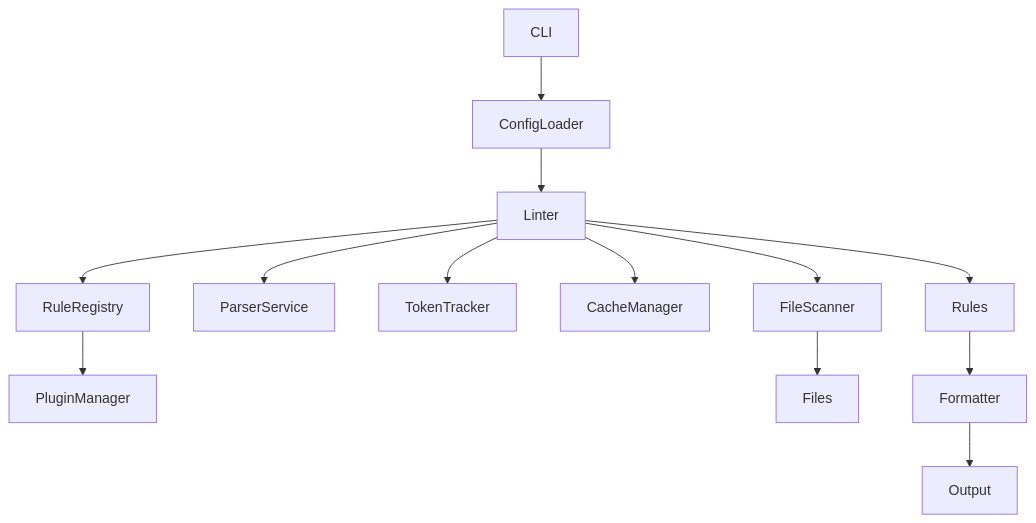
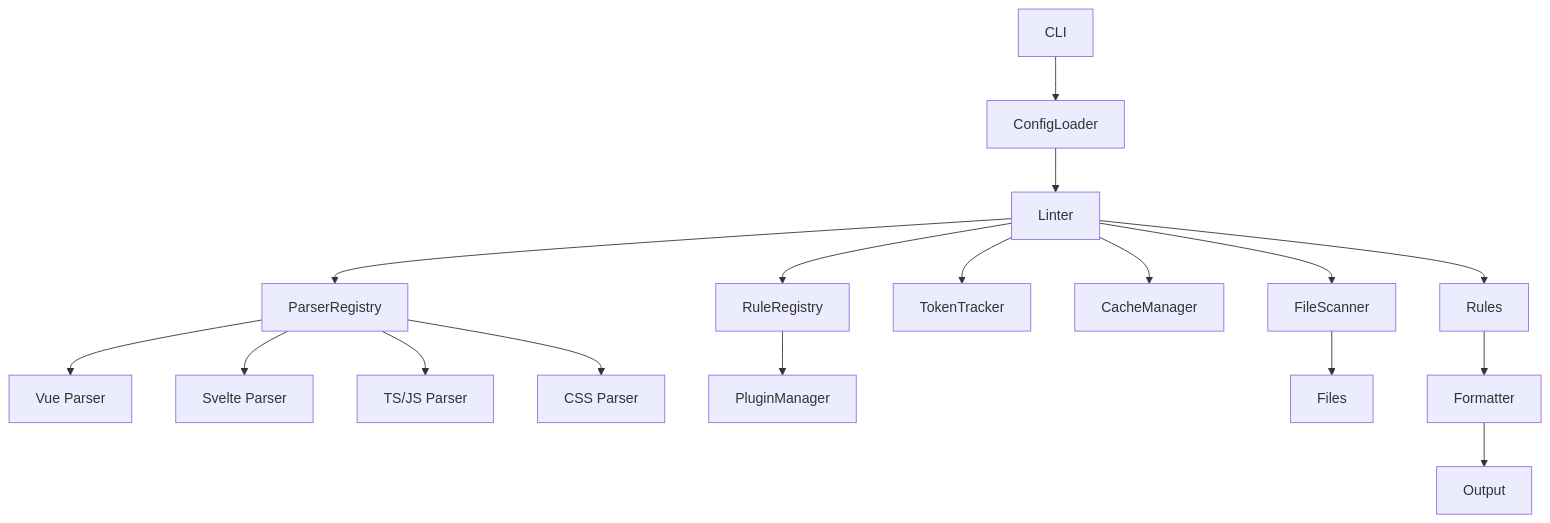
One commit to bylapidist/design-lint changed the diagram in docs/architecture.md. Above: the diagram before and after it, drawn with Mermaid. The commit also changed other lines of this file and 11 other files, not shown here.

Commit message:
docs: document parser registry (#119)

````diff
--- a/docs/architecture.md
+++ b/docs/architecture.md
@@ -5,15 +5,19 @@
 ```mermaid
 flowchart TD
   CLI[CLI] --> ConfigLoader
   ConfigLoader --> Linter
   Linter --> RuleRegistry
-  Linter --> ParserService
+  Linter --> ParserRegistry
+  ParserRegistry --> VueParser[Vue Parser]
+  ParserRegistry --> SvelteParser[Svelte Parser]
+  ParserRegistry --> TSParser[TS/JS Parser]
+  ParserRegistry --> CSSParser[CSS Parser]
   Linter --> TokenTracker
   Linter --> CacheManager
   RuleRegistry --> PluginManager
   Linter --> FileScanner
   FileScanner --> Files
   Linter --> Rules
   Rules --> Formatter
   Formatter --> Output
 ```
````
